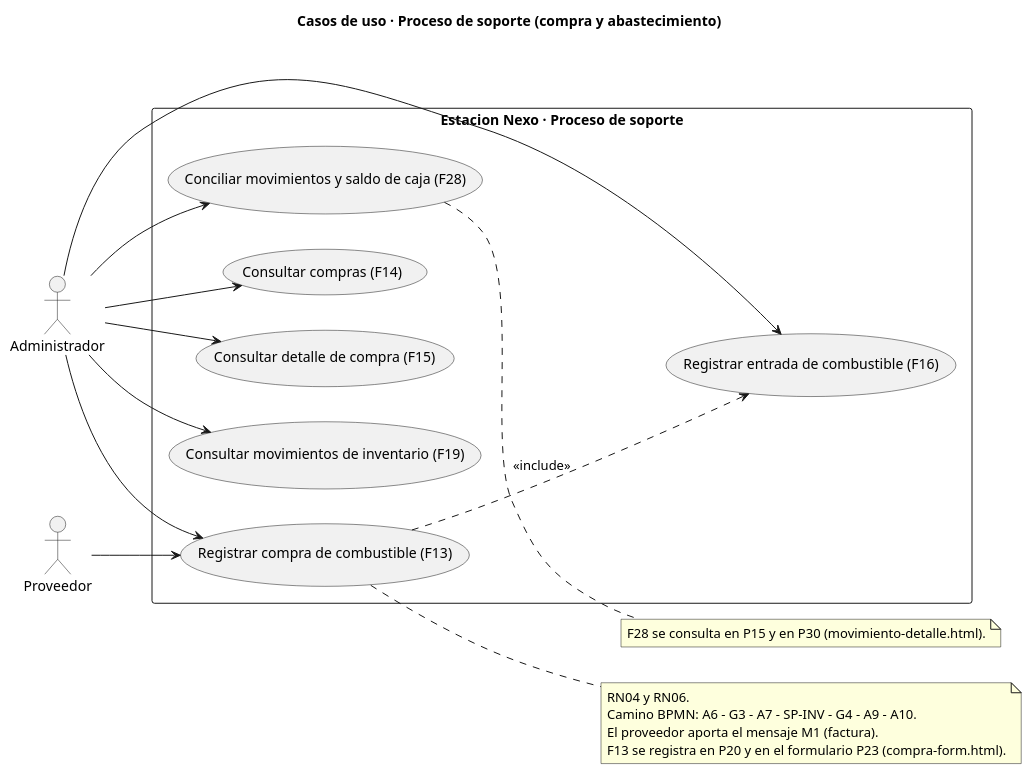
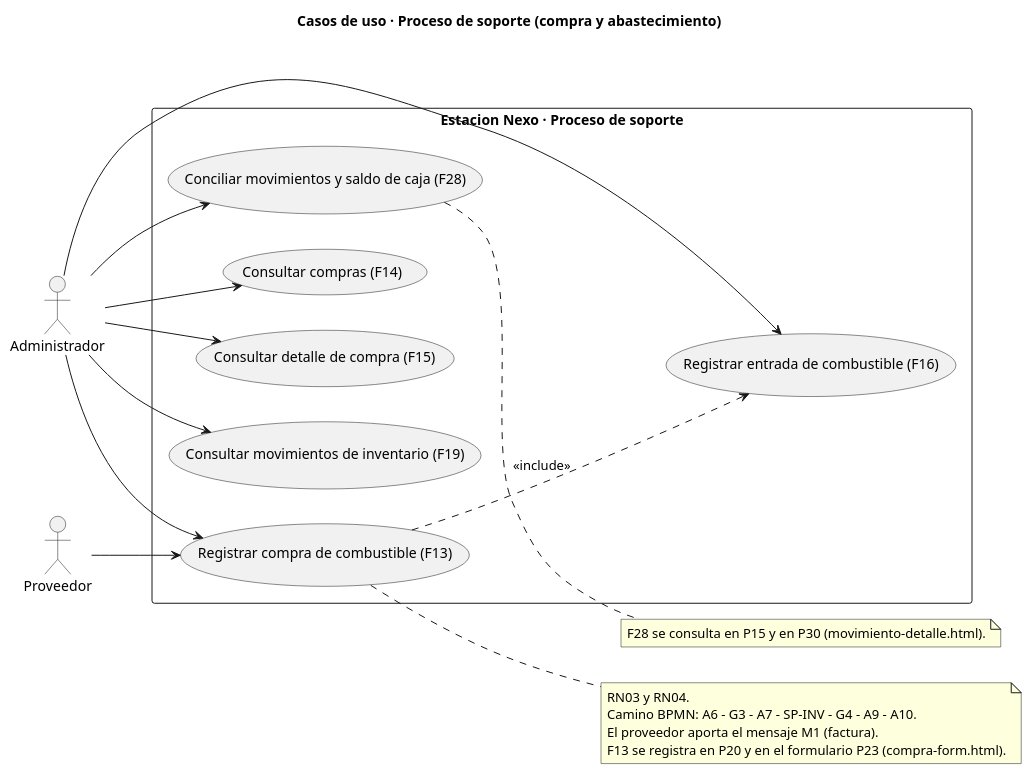
The fourth of 4 diagrams in documentacion/10_productos_y_entregables.md (4dr1-2529/gasolineria-ingweb), drawn with PlantUML before and after one commit. The commit also changed other lines of this file and 114 other files, not shown here.

````diff
--- a/documentacion/10_productos_y_entregables.md
+++ b/documentacion/10_productos_y_entregables.md
@@ -208,33 +208,33 @@
 ```plantuml
 @startuml
 left to right direction
 title Casos de uso · Proceso de soporte (compra y abastecimiento)
 actor "Administrador" as ADM
 actor "Proveedor" as PRV
 rectangle "Estacion Nexo · Proceso de soporte" {
   usecase "Registrar compra de combustible (F13)" as UC13
   usecase "Consultar compras (F14)" as UC14
   usecase "Consultar detalle de compra (F15)" as UC15
   usecase "Registrar entrada de combustible (F16)" as UC16
   usecase "Consultar movimientos de inventario (F19)" as UC19
   usecase "Conciliar movimientos y saldo de caja (F28)" as UC28
 }
 ADM --> UC13
 ADM --> UC14
 ADM --> UC15
 ADM --> UC16
 ADM --> UC19
 ADM --> UC28
 PRV --> UC13
 UC13 ..> UC16 : <<include>>
 note right of UC13
-  RN04 y RN06.
+  RN03 y RN04.
   Camino BPMN: A6 - G3 - A7 - SP-INV - G4 - A9 - A10.
   El proveedor aporta el mensaje M1 (factura).
   F13 se registra en P20 y en el formulario P23 (compra-form.html).
 end note
 note right of UC28
   F28 se consulta en P15 y en P30 (movimiento-detalle.html).
 end note
 @enduml
 ```
````
